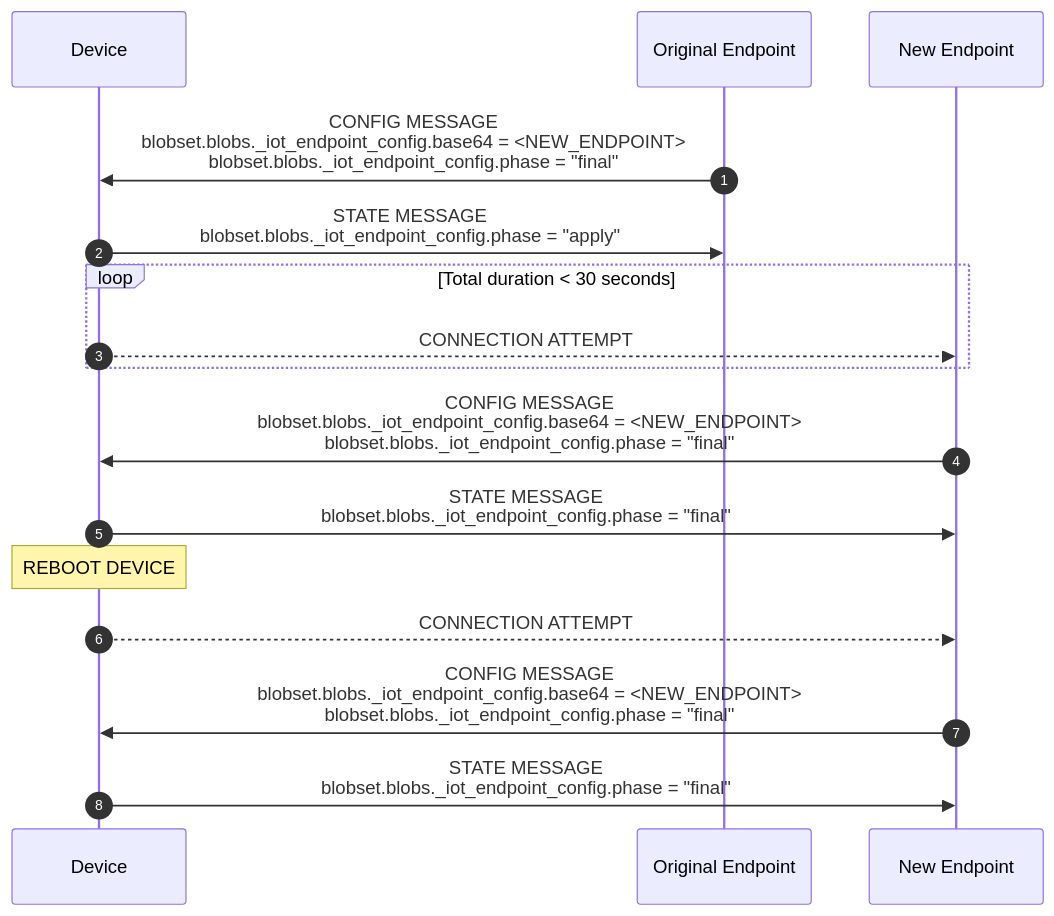
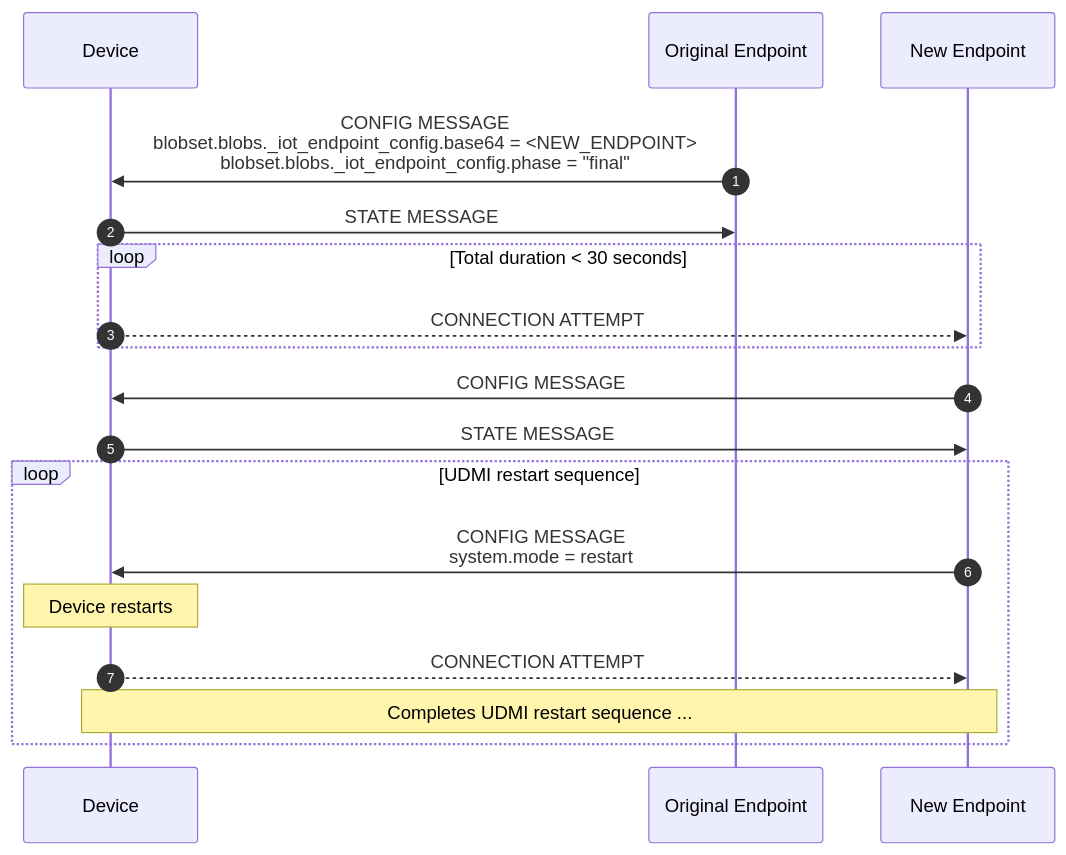
Before and after one commit to faucetsdn/udmi: the third of 3 diagrams in docs/specs/sequences/endpoint_reconfiguration.md, drawn with Mermaid.

Commit message:
second iteration

````diff
--- a/docs/specs/sequences/endpoint_reconfiguration.md
+++ b/docs/specs/sequences/endpoint_reconfiguration.md
@@ -63,19 +63,21 @@
 ```mermaid
 %%{wrap}%%
 sequenceDiagram
     autonumber
     participant D as Device
     participant E as Original Endpoint
     participant E' as New Endpoint
     E->>D:CONFIG MESSAGE<br/>blobset.blobs._iot_endpoint_config.base64 = <NEW_ENDPOINT><br/>blobset.blobs._iot_endpoint_config.phase = "final"
-    D->>E:STATE MESSAGE<br/>blobset.blobs._iot_endpoint_config.phase = "apply"
+    D->>E:STATE MESSAGE
     loop Total duration < 30 seconds
     D-->>E':CONNECTION ATTEMPT
     end
-    E'->>D:CONFIG MESSAGE<br/>blobset.blobs._iot_endpoint_config.base64 = <NEW_ENDPOINT><br/>blobset.blobs._iot_endpoint_config.phase = "final"
-    D->>E':STATE MESSAGE<br/>blobset.blobs._iot_endpoint_config.phase = "final"
-    note over D: REBOOT DEVICE
+    E'->>D:CONFIG MESSAGE
+    D->>E':STATE MESSAGE
+    loop UDMI restart sequence
+    E'->>D:CONFIG MESSAGE<br/>system.mode = restart
+    note over D: Device restarts
     D-->>E':CONNECTION ATTEMPT
-    E'->>D:CONFIG MESSAGE<br/>blobset.blobs._iot_endpoint_config.base64 = <NEW_ENDPOINT><br/>blobset.blobs._iot_endpoint_config.phase = "final"
-    D->>E':STATE MESSAGE<br/>blobset.blobs._iot_endpoint_config.phase = "final"
+    note over D,E': Completes UDMI restart sequence ...
+    end
 ```
````
